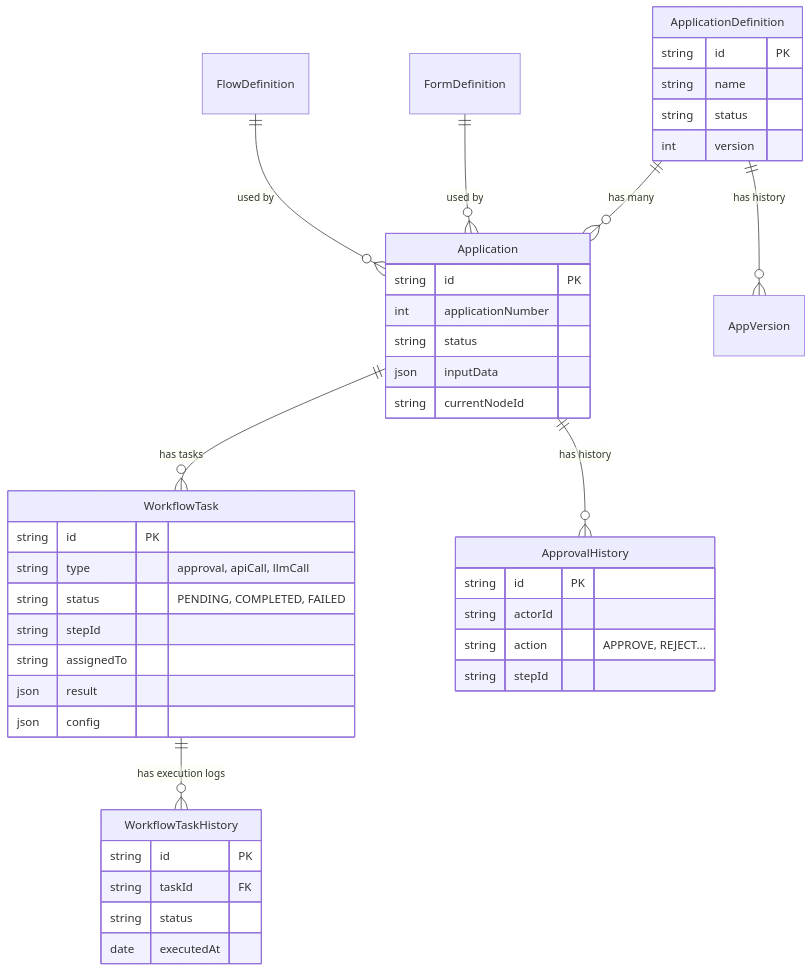
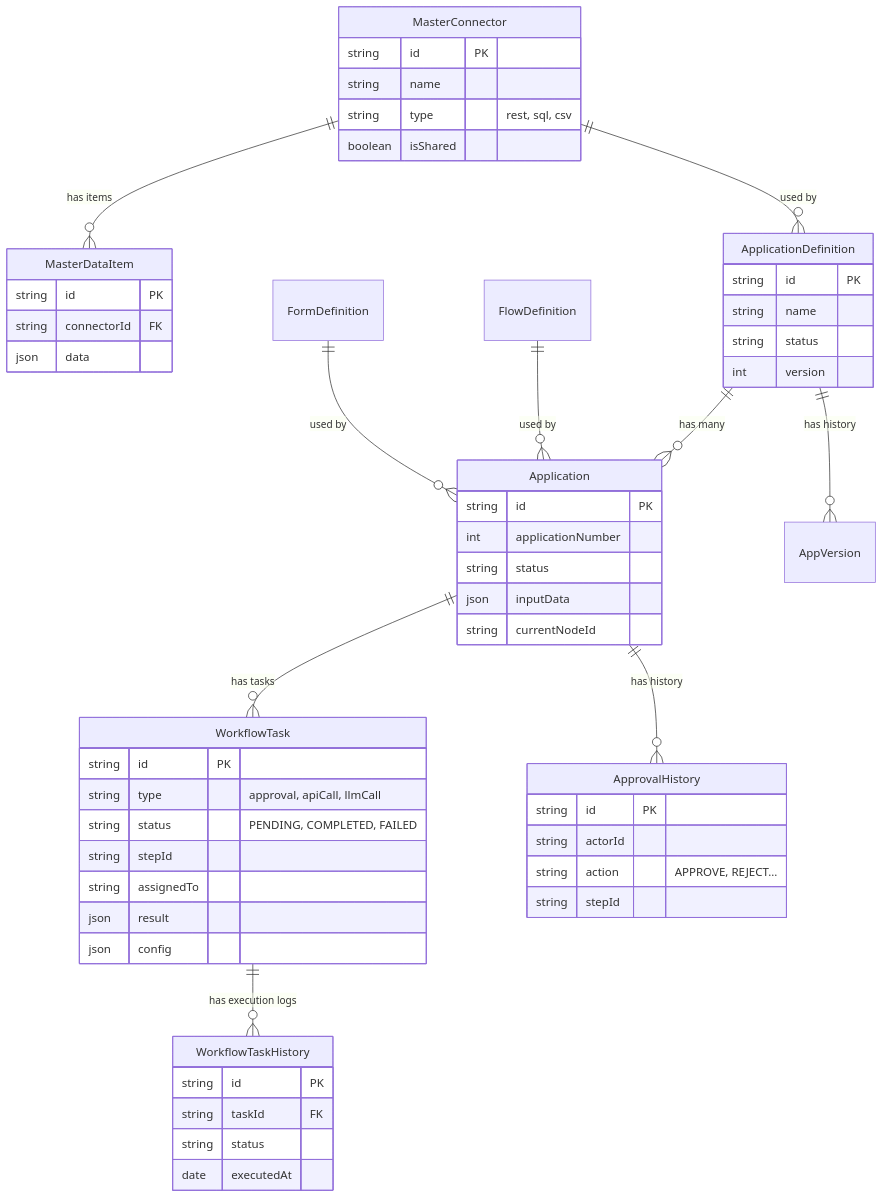
One commit to kenichi-33/flow-craft changed the diagram in backend/docs/database_schema.md. Above: the diagram before and after it, drawn with Mermaid. The commit also changed other lines of this file and 5 other files, not shown here.

````diff
--- a/backend/docs/database_schema.md
+++ b/backend/docs/database_schema.md
@@ -6,51 +6,67 @@
 ```mermaid
 erDiagram
     ApplicationDefinition ||--o{ Application : "has many"
     ApplicationDefinition ||--o{ AppVersion : "has history"
     FormDefinition ||--o{ Application : "used by"
     FlowDefinition ||--o{ Application : "used by"
     
     Application ||--o{ WorkflowTask : "has tasks"
     Application ||--o{ ApprovalHistory : "has history"
     
     WorkflowTask ||--o{ WorkflowTaskHistory : "has execution logs"
 
     ApplicationDefinition {
         string id PK
         string name
         string status
         int version
     }
 
     Application {
         string id PK
         int applicationNumber
         string status
         json inputData
         string currentNodeId
     }
 
     WorkflowTask {
         string id PK
         string type "approval, apiCall, llmCall"
         string status "PENDING, COMPLETED, FAILED"
         string stepId
         string assignedTo
         json result
         json config
     }
 
     WorkflowTaskHistory {
         string id PK
         string taskId FK
         string status
         date executedAt
     }
 
     ApprovalHistory {
         string id PK
         string actorId
         string action "APPROVE, REJECT..."
         string stepId
     }
+
+    MasterConnector ||--o{ MasterDataItem : "has items"
+    MasterConnector ||--o{ ApplicationDefinition : "used by"
+
+    MasterConnector {
+        string id PK
+        string name
+        string type "rest, sql, csv"
+        boolean isShared
+    }
+
+    MasterDataItem {
+        string id PK
+        string connectorId FK
+        json data
+    }
 ```
````
